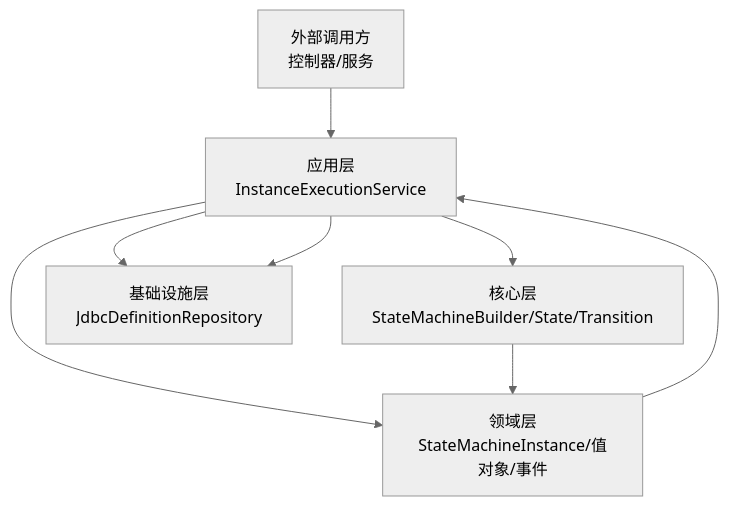
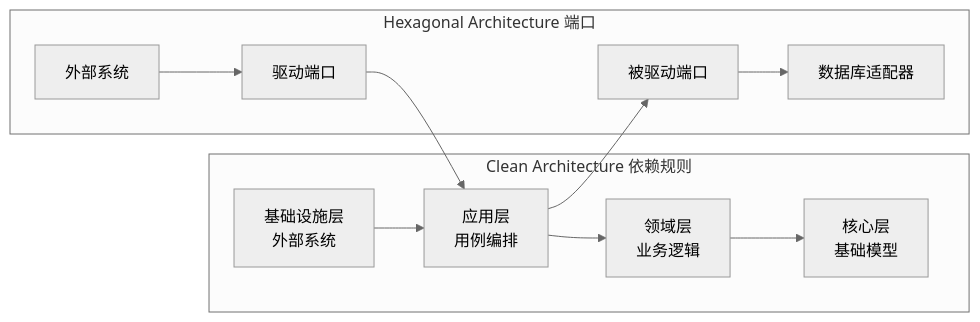
One commit to xiaoche80s-tech/state-machine-parent changed the third of 11 diagrams in .qoder/repowiki/zh/content/核心概念/领域驱动设计架构.md. Above: the diagram before and after it, drawn with Mermaid (neutral theme). The commit also changed other lines of this file and 20 other files, not shown here.

````diff
--- a/.qoder/repowiki/zh/content/核心概念/领域驱动设计架构.md
+++ b/.qoder/repowiki/zh/content/核心概念/领域驱动设计架构.md
@@ -134,10 +175,14 @@
 ```mermaid
-graph TB
-UI["外部调用方<br/>控制器/服务"] --> APP["应用层<br/>InstanceExecutionService"]
-APP --> CORE["核心层<br/>StateMachineBuilder/State/Transition"]
-APP --> DOMAIN["领域层<br/>StateMachineInstance/值对象/事件"]
-APP --> INFRA["基础设施层<br/>JdbcDefinitionRepository"]
-CORE --> DOMAIN
-DOMAIN --> APP
-APP --> INFRA
+graph LR
+subgraph "Clean Architecture 依赖规则"
+INFRA["基础设施层<br/>外部系统"] --> APPLICATION["应用层<br/>用例编排"]
+APPLICATION --> DOMAIN["领域层<br/>业务逻辑"]
+DOMAIN --> CORE["核心层<br/>基础模型"]
+end
+subgraph "Hexagonal Architecture 端口"
+EXTERNAL["外部系统"] --> DRIVER_PORT["驱动端口"]
+DRIVER_PORT --> APPLICATION
+APPLICATION --> DRIVEN_PORT["被驱动端口"]
+DRIVEN_PORT --> INFRA_DB["数据库适配器"]
+end
 ```
````
